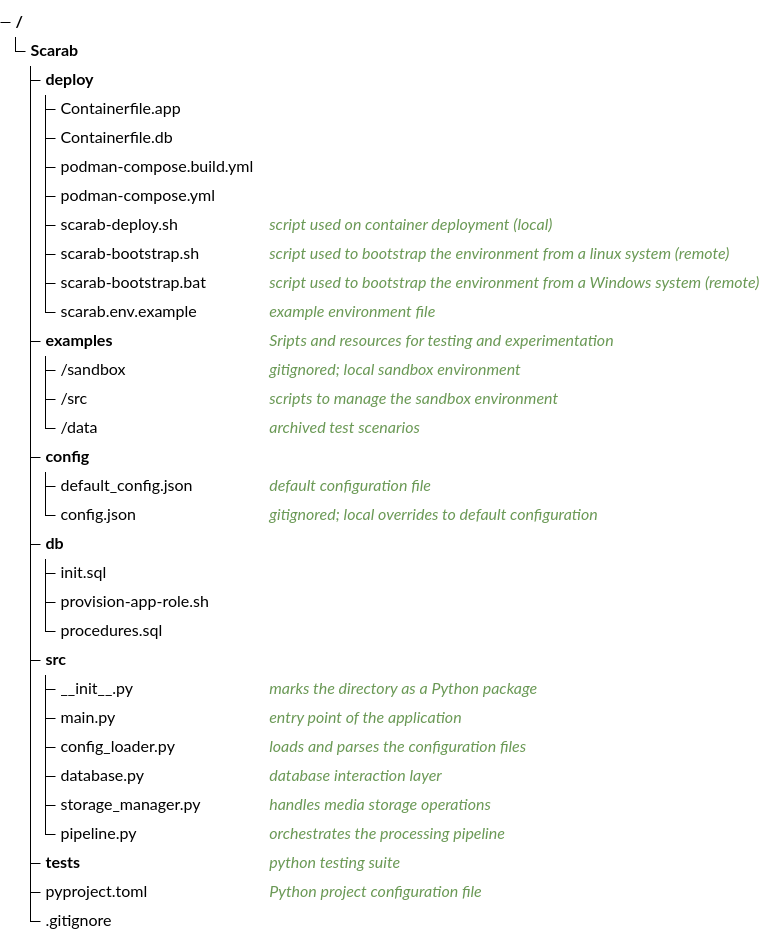
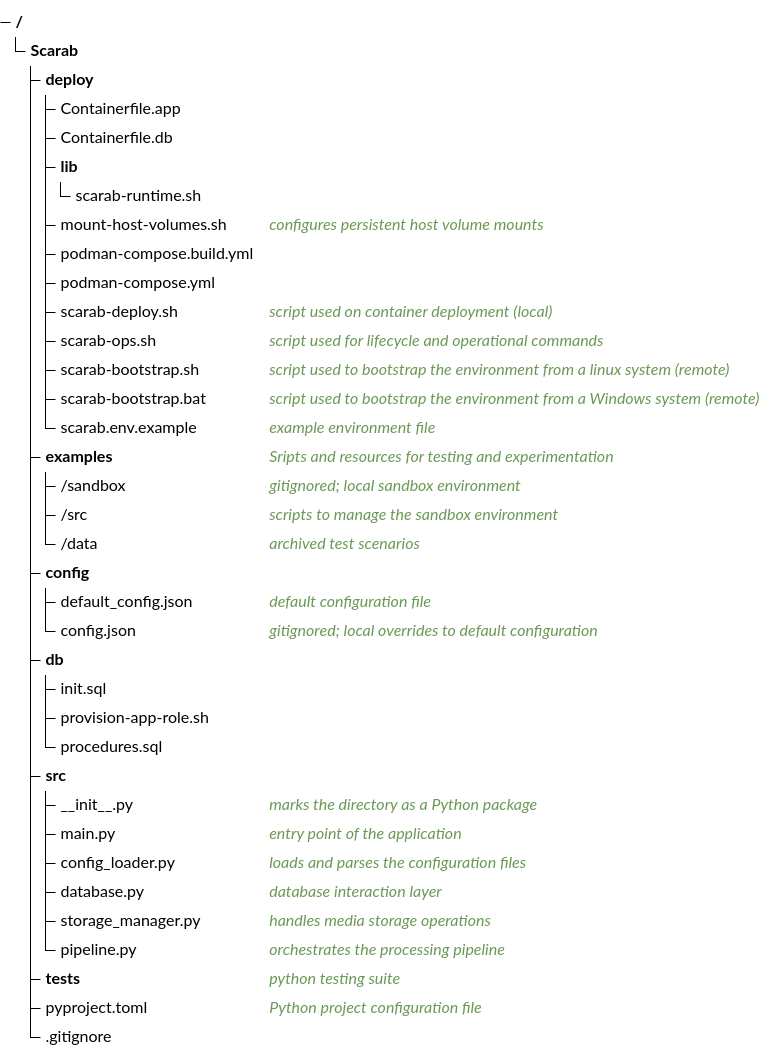
One commit to InovaFiscaliza/Scarab changed the second of 2 diagrams in README.md. Above: the diagram before and after it, drawn with Mermaid. The commit also changed other lines of this file and 9 other files, not shown here.

Commit message:
feat(deploy): ✨ Add mount-host-volumes script for SMB integration - Introduce a new script to manage SMB volume mounts - Support both encrypted and legacy credential storage - Update README and documentation to reflect new functionality

````diff
--- a/README.md
+++ b/README.md
@@ -112,44 +112,48 @@
 ```mermaid
 ---
 config:
     'theme': 'base'
     'themeVariables':
       'primaryColor': '#9090ff'
       'secondaryColor': '#808080'
       'primaryTextColor': '#eeeeee'
       'primaryBorderColor': '#ffffff'
       'lineColor': '#808080'
 ---
 treeView-beta
     Scarab/
         deploy/
             Containerfile.app
             Containerfile.db
+            lib/
+                scarab-runtime.sh
+            mount-host-volumes.sh ## configures persistent host volume mounts
             podman-compose.build.yml
             podman-compose.yml
             scarab-deploy.sh ## script used on container deployment (local)
+            scarab-ops.sh ## script used for lifecycle and operational commands
             scarab-bootstrap.sh ## script used to bootstrap the environment from a linux system (remote)
             scarab-bootstrap.bat ## script used to bootstrap the environment from a Windows system (remote)
             scarab.env.example ## example environment file
         examples/ ## Sripts and resources for testing and experimentation
             /sandbox ## gitignored; local sandbox environment
             /src ## scripts to manage the sandbox environment
             /data ## archived test scenarios
         config/
             default_config.json ## default configuration file
             config.json ## gitignored; local overrides to default configuration
         db/
             init.sql
             provision-app-role.sh
             procedures.sql
         src/
             __init__.py ## marks the directory as a Python package
             main.py ## entry point of the application
             config_loader.py ## loads and parses the configuration files
             database.py ## database interaction layer
             storage_manager.py ## handles media storage operations
             pipeline.py ## orchestrates the processing pipeline
         tests/ ## python testing suite
         pyproject.toml ## Python project configuration file
         .gitignore
 ```
````
